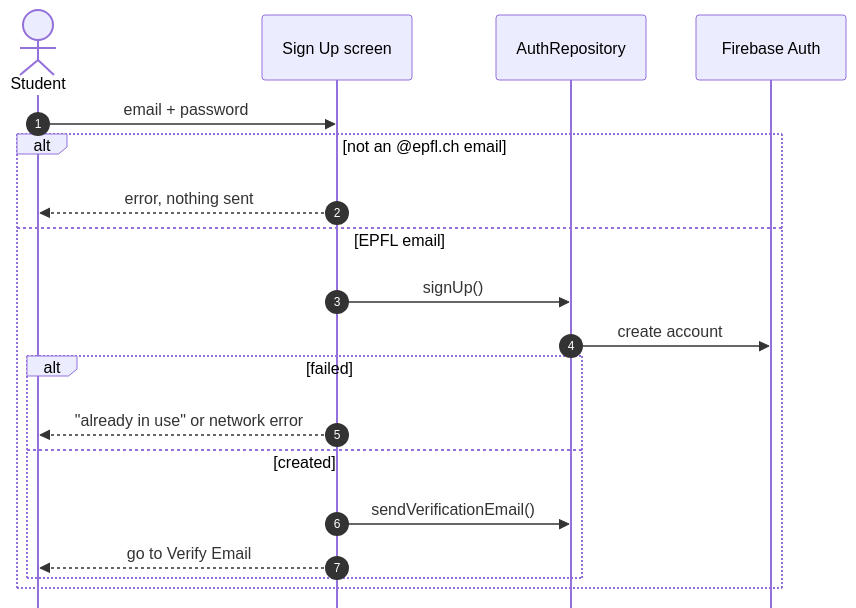
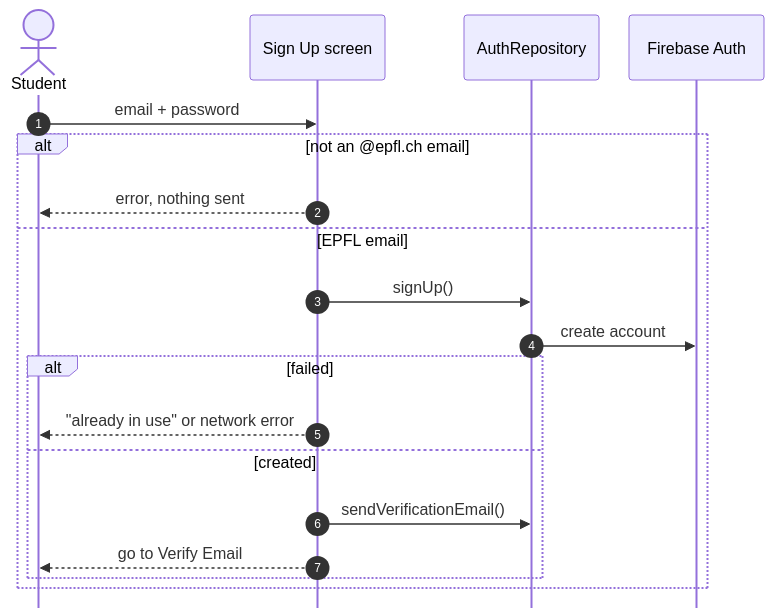
Before and after one commit to swent-polysocial/PolySocial: the sixth of 11 diagrams in docs/Architecture-Diagram.md, drawn with Mermaid. The commit also changed other lines of this file and 2 other files, not shown here.

````diff
--- a/docs/Architecture-Diagram.md
+++ b/docs/Architecture-Diagram.md
@@ -370,22 +192,22 @@
 ```mermaid
-%%{init: {"sequence": {"mirrorActors": false, "actorFontSize": 15, "messageFontSize": 15, "noteFontSize": 14}}}%%
+%%{init: {"sequence": {"mirrorActors": false, "actorMargin": 30, "width": 135, "actorFontSize": 15, "messageFontSize": 15, "noteFontSize": 14}}}%%
 sequenceDiagram
   autonumber
   actor S as Student
   participant App as Sign Up screen
   participant AR as AuthRepository
   participant FA as Firebase Auth
   S->>App: email + password
   alt not an @epfl.ch email
     App-->>S: error, nothing sent
   else EPFL email
     App->>AR: signUp()
     AR->>FA: create account
     alt failed
       App-->>S: "already in use" or network error
     else created
       App->>AR: sendVerificationEmail()
       App-->>S: go to Verify Email
     end
   end
 ```
````
